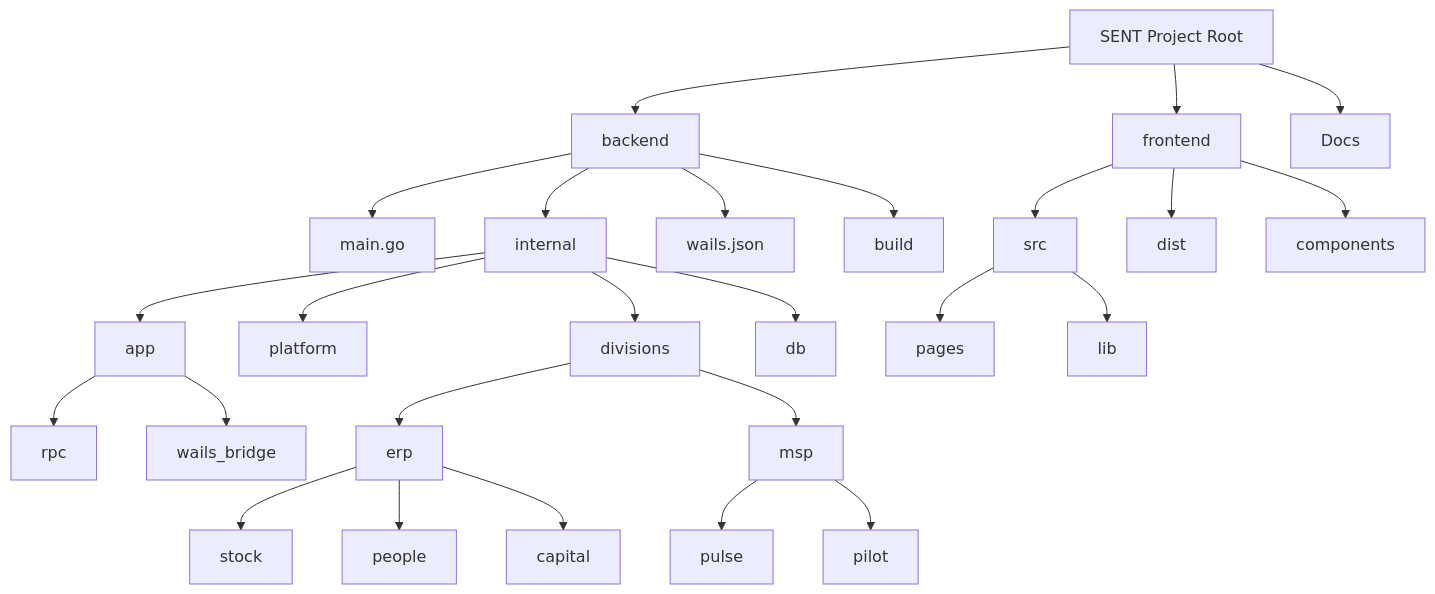
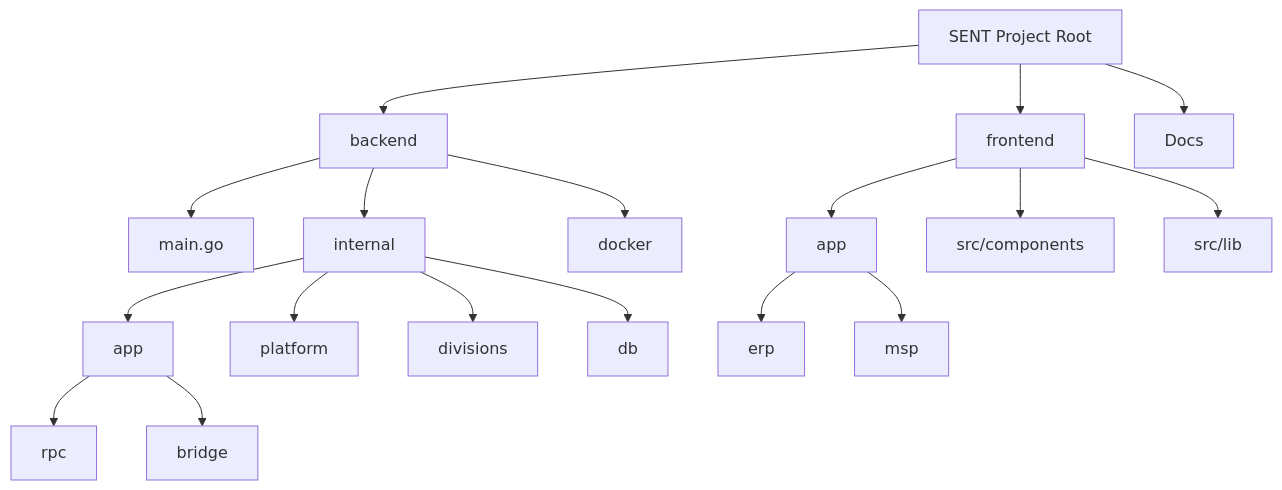
One commit to Aziz-Hubs/SENT changed the diagram in Docs/PROJECT_MAP.md. Above: the diagram before and after it, drawn with Mermaid. The commit also changed other lines of this file and 93 other files, not shown here.

Commit message:
refactor: discard Wails and migrate to Next.js + Pure Go API architecture

````diff
--- a/Docs/PROJECT_MAP.md
+++ b/Docs/PROJECT_MAP.md
@@ -3,36 +3,25 @@
 ```mermaid
 graph TD
     Root[SENT Project Root] --> Backend[backend]
     Root --> Frontend[frontend]
     Root --> Docs[Docs]
 
     Backend --> Main[main.go]
     Backend --> Internal[internal]
-    Backend --> WailsConfig[wails.json]
-    Backend --> BackendBuild[build]
+    Backend --> Docker[docker]
 
     Internal --> App[app]
     Internal --> Platform[platform]
     Internal --> Divisions[divisions]
     Internal --> DB[db]
     
     App --> RPC[rpc]
-    App --> WailsBridge[wails_bridge]
+    App --> Bridge[bridge]
+
+    Frontend --> AppDir[app]
+    Frontend --> Components[src/components]
+    Frontend --> Lib[src/lib]
     
-    Divisions --> ERP[erp]
-    Divisions --> MSP[msp]
-    
-    ERP --> Stock[stock]
-    ERP --> People[people]
-    ERP --> Capital[capital]
-
-    MSP --> Pulse[pulse]
-    MSP --> Pilot[pilot]
-
-    Frontend --> Src[src]
-    Frontend --> Dist[dist]
-    Frontend --> Components[components]
-    
-    Src --> Pages[pages]
-    Src --> Lib[lib]
+    AppDir --> ERPRoutes[erp]
+    AppDir --> MSPRoutes[msp]
 ```
````
